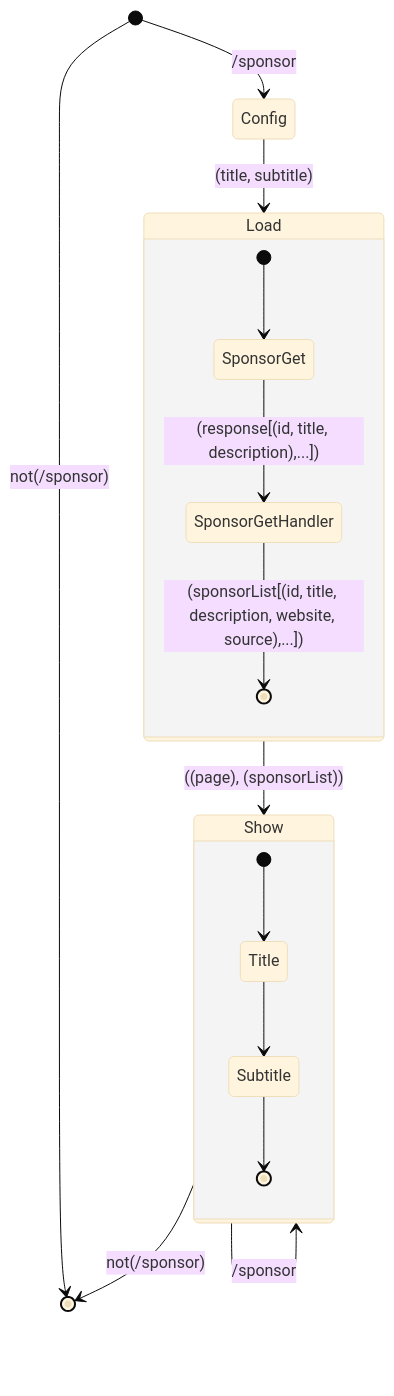
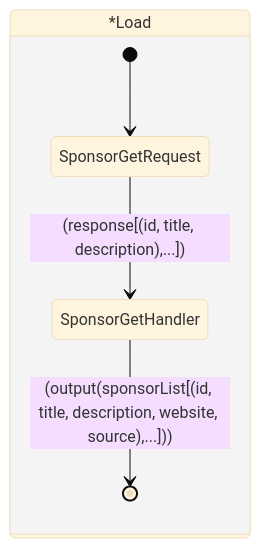
The fifth of 21 diagrams in README.md (Wilfongjt/lb-A), drawn with Mermaid before and after one commit. The commit also changed other lines of this file, not shown here.

````diff
--- a/README.md
+++ b/README.md
@@ -124,25 +76,14 @@
 ```mermaid
+
 %%{init: {'securityLevel': 'loose', 'theme':'base'}}%%
 stateDiagram
-    state Load {
-             
-        [*] --> SponsorGet
-        SponsorGet --> SponsorGetHandler : (response[(id, title, description),...])
-        SponsorGetHandler --> [*] : (sponsorList[(id, title, description, website, source),...])
-     }    
-         
-    state Show {
-             
-        [*] --> Title
-        Title --> Subtitle
-        Subtitle --> [*]
-     }    
-         
-[*] --> [*] : not(/sponsor)
-[*] --> Config : /sponsor
-Config --> Load : (title, subtitle)
-Load --> Show : ((page), (sponsorList))
-Show --> [*] : not(/sponsor)
  
-Show --> Show : /sponsor
+ state *Load
+     {
+    [*] --> SponsorGetRequest
+    SponsorGetRequest --> SponsorGetHandler : (response[(id, title, description),...])
+    SponsorGetHandler --> [*] : (output(sponsorList[(id, title, description, website, source),...]))
+  }
+ 
+ 
 ```
````
